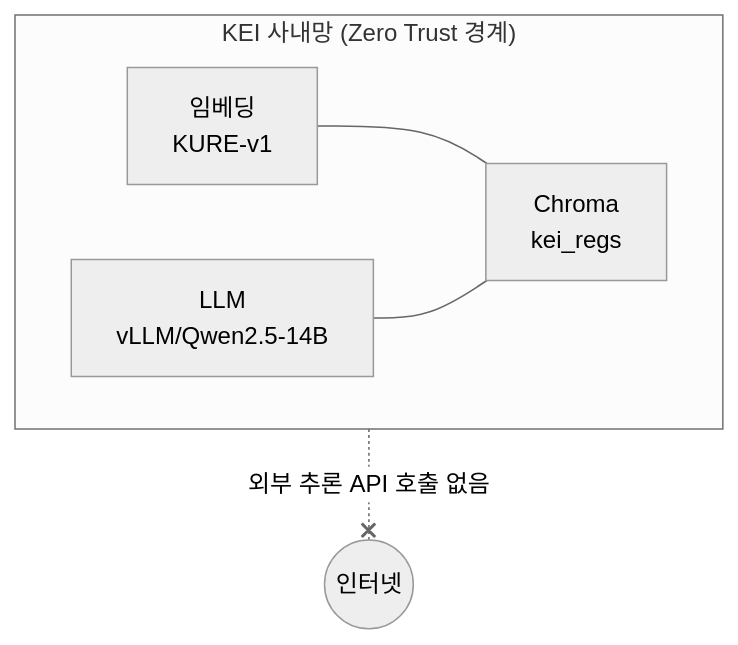
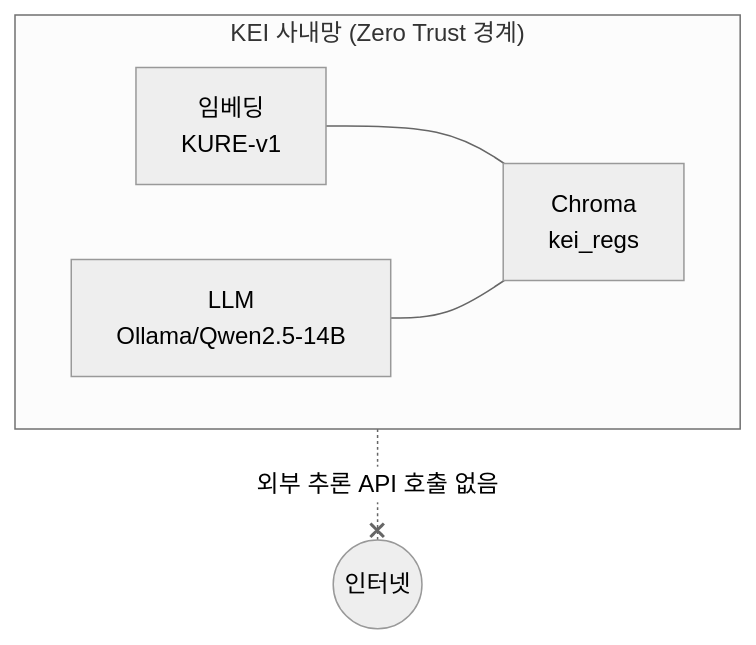
One commit to mooner92/KEIAdminSuperv changed the second of 5 diagrams in docs/07-security-governance.md. Above: the diagram before and after it, drawn with Mermaid (neutral theme). The commit also changed other lines of this file and 13 other files, not shown here.

````diff
--- a/docs/07-security-governance.md
+++ b/docs/07-security-governance.md
@@ -82,13 +85,13 @@
 ```mermaid
 flowchart TB
     subgraph KEI망["KEI 사내망 (Zero Trust 경계)"]
         direction LR
         E["임베딩<br/>KURE-v1"]
-        L["LLM<br/>vLLM/Qwen2.5-14B"]
+        L["LLM<br/>Ollama/Qwen2.5-14B"]
         C["Chroma<br/>kei_regs"]
         E --- C
         L --- C
     end
     INET((인터넷))
     KEI망 -. "외부 추론 API 호출 없음" .-x INET
 ```
````
